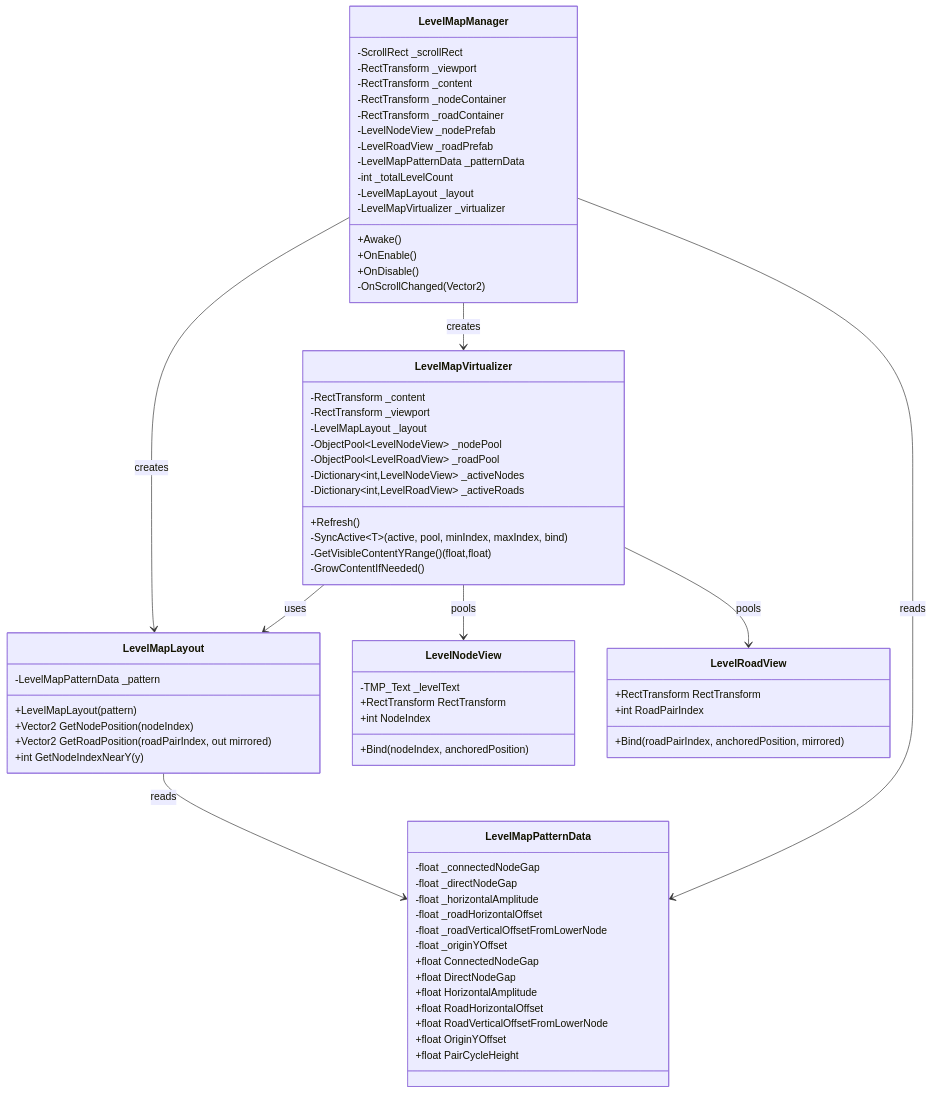
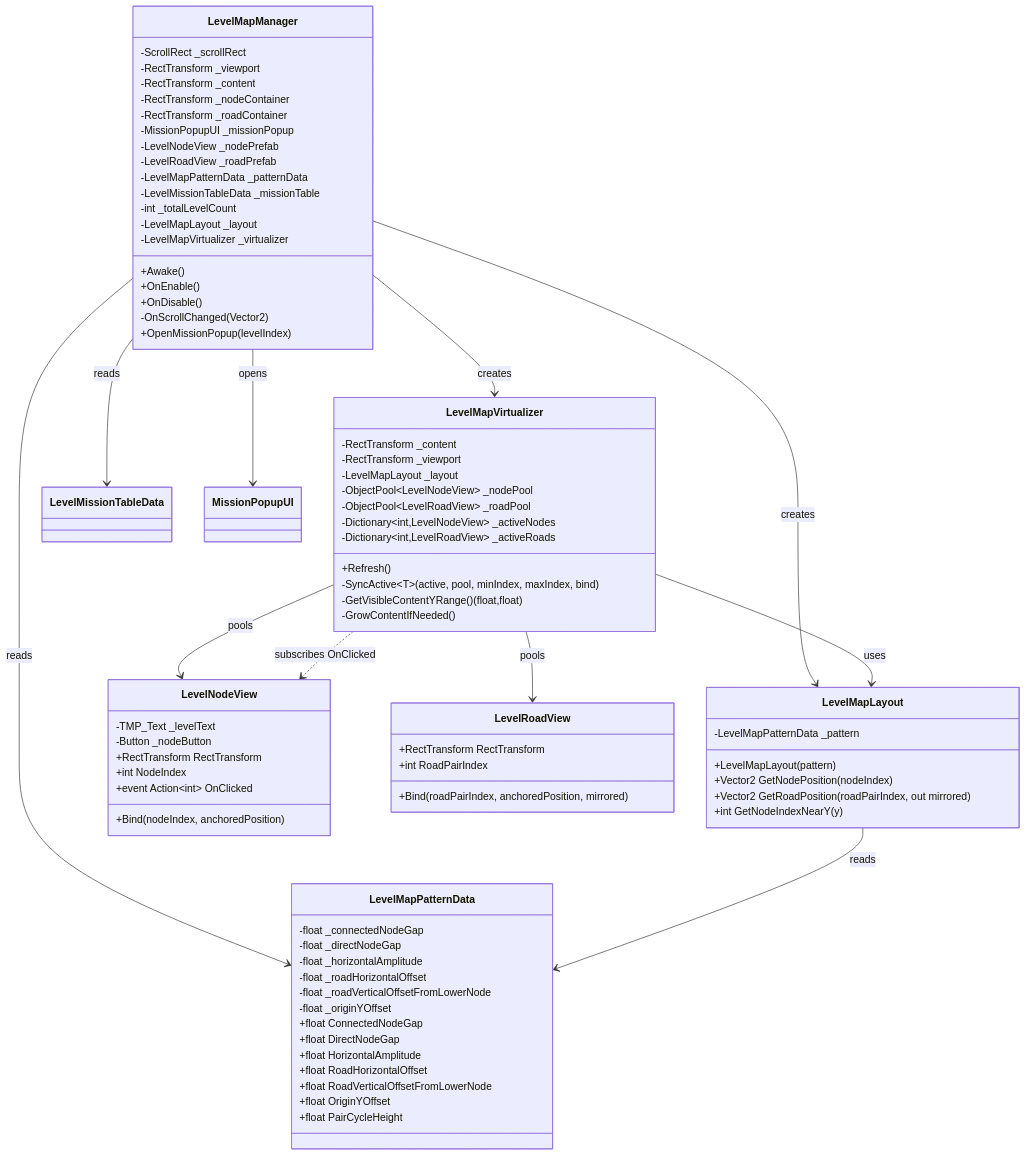
Before and after one commit to chlghksgml01/BlockPuzzle: the first of 2 diagrams in docs/diagrams/level-map.md, drawn with Mermaid. The commit also changed other lines of this file and 13 other files, not shown here.

````diff
--- a/docs/diagrams/level-map.md
+++ b/docs/diagrams/level-map.md
@@ -52,9 +52,11 @@
         -RectTransform _content
         -RectTransform _nodeContainer
         -RectTransform _roadContainer
+        -MissionPopupUI _missionPopup
         -LevelNodeView _nodePrefab
         -LevelRoadView _roadPrefab
         -LevelMapPatternData _patternData
+        -LevelMissionTableData _missionTable
         -int _totalLevelCount
         -LevelMapLayout _layout
         -LevelMapVirtualizer _virtualizer
@@ -62,12 +64,15 @@
         +OnEnable()
         +OnDisable()
         -OnScrollChanged(Vector2)
+        +OpenMissionPopup(levelIndex)
     }
 
     class LevelNodeView {
         -TMP_Text _levelText
+        -Button _nodeButton
         +RectTransform RectTransform
         +int NodeIndex
+        +event Action~int~ OnClicked
         +Bind(nodeIndex, anchoredPosition)
     }
 
@@ -80,8 +85,11 @@
     LevelMapManager --> LevelMapLayout : creates
     LevelMapManager --> LevelMapVirtualizer : creates
     LevelMapManager --> LevelMapPatternData : reads
+    LevelMapManager --> LevelMissionTableData : reads
+    LevelMapManager --> MissionPopupUI : opens
     LevelMapVirtualizer --> LevelMapLayout : uses
     LevelMapVirtualizer --> LevelNodeView : pools
     LevelMapVirtualizer --> LevelRoadView : pools
+    LevelMapVirtualizer ..> LevelNodeView : subscribes OnClicked
     LevelMapLayout --> LevelMapPatternData : reads
 ```
````
